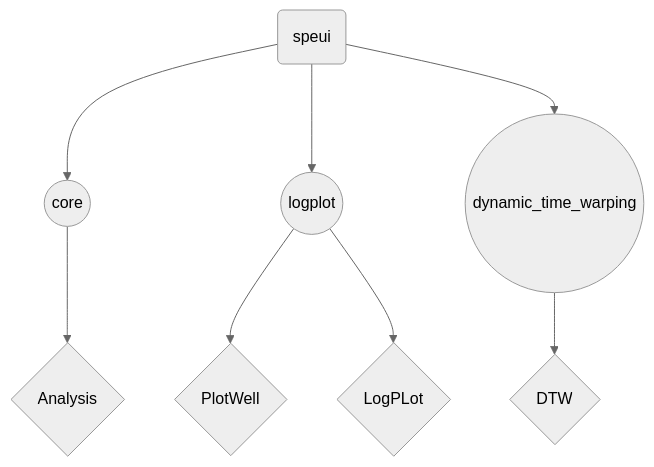
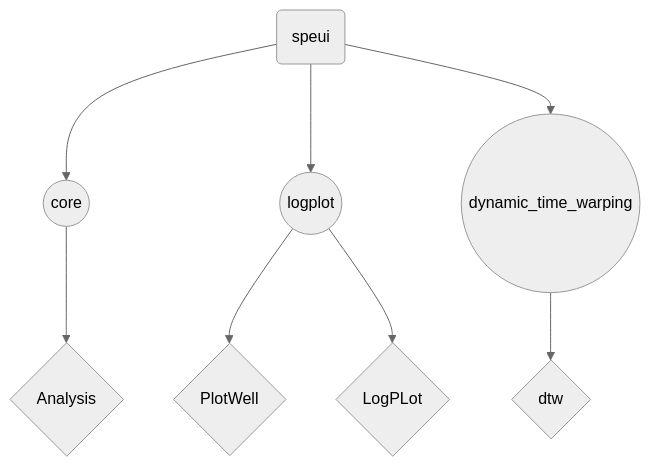
The diagram in README.md (aifenaike/Logio), drawn with Mermaid (neutral theme) before and after one commit. The commit also changed other lines of this file, not shown here.

````diff
--- a/README.md
+++ b/README.md
@@ -86,10 +92,10 @@
 ```mermaid
 graph TB
 A(speui)--> B((core))
 A --> C((logplot))
 A --> D((dynamic_time_warping))
 C --> E{PlotWell}
 C --> F{LogPLot}
 B --> G{Analysis}
-D --> H{DTW}
+D --> H{dtw}
 ```
````
